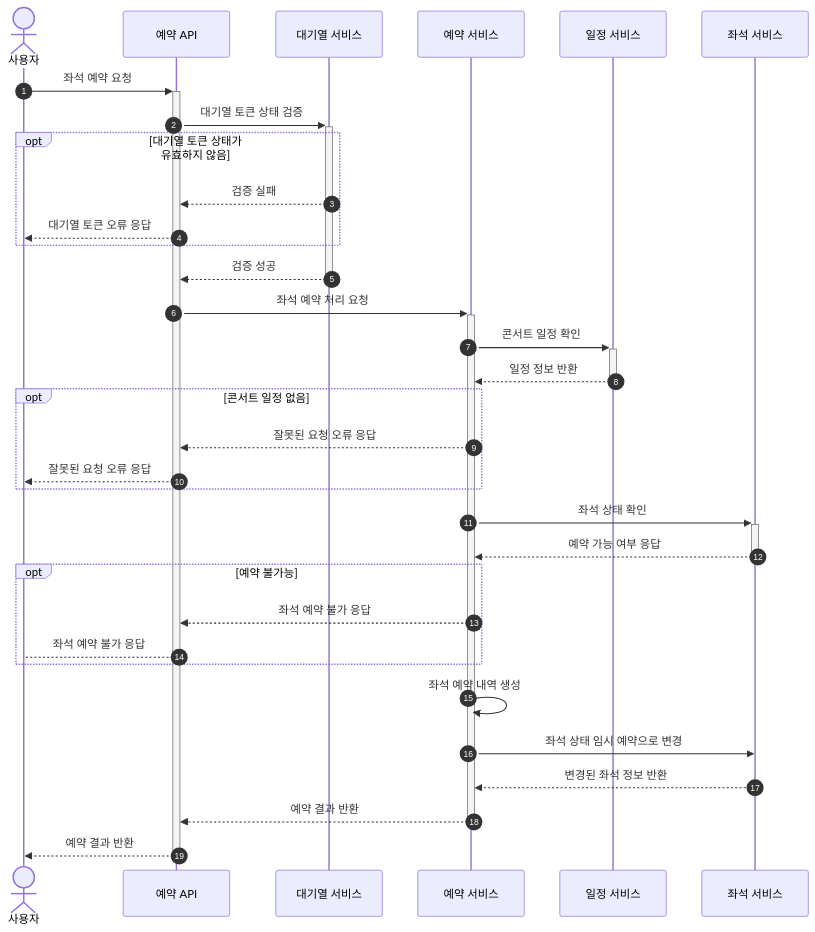
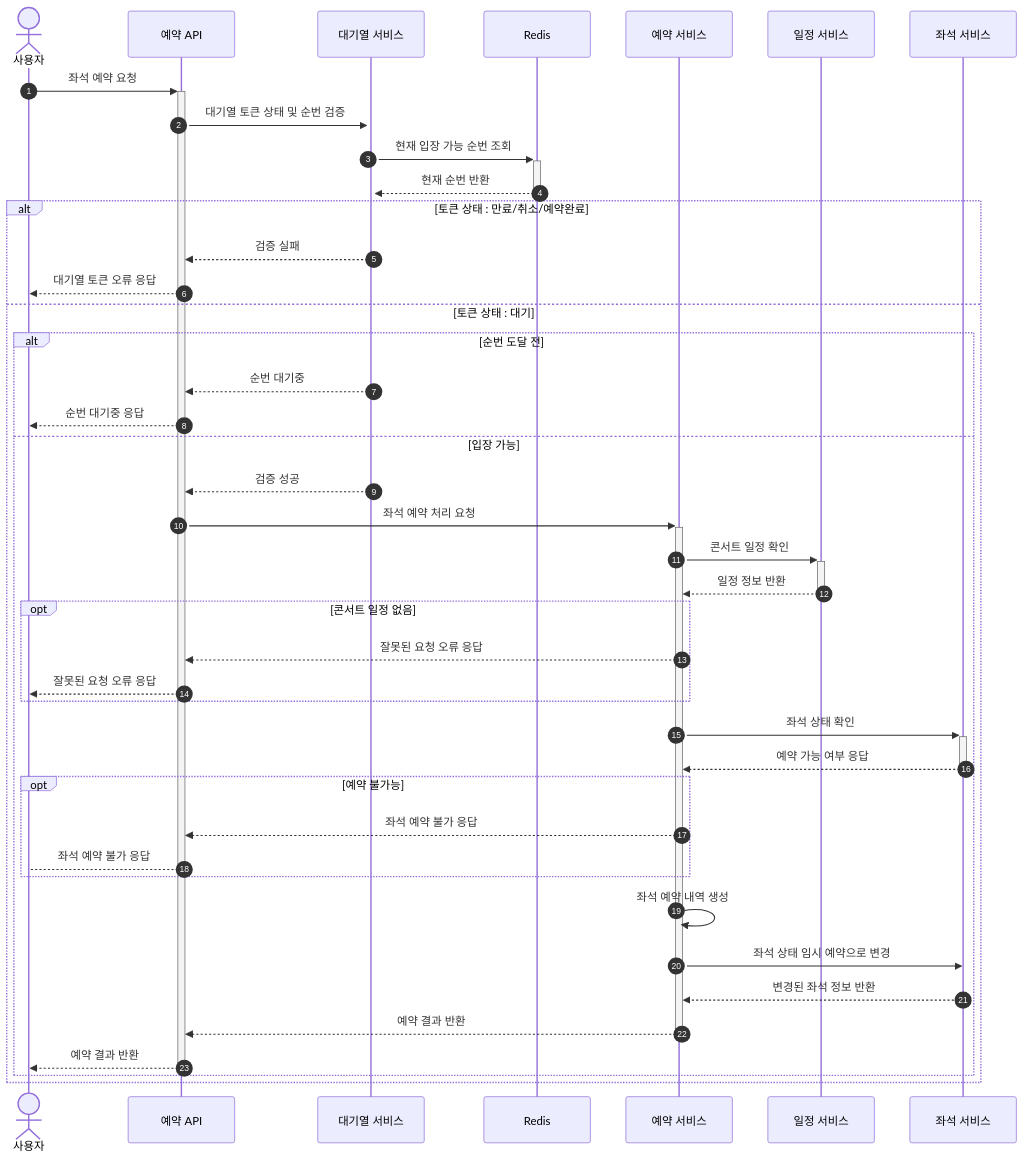
One commit to y-00jin/hhplus-server-concert changed the sixth of 7 diagrams in docs/02_sequenceDiagram.md. Above: the diagram before and after it, drawn with Mermaid. The commit also changed other lines of this file and 1 other file, not shown here.

First line of the commit message:
[2주차] PR 코멘트 반영: 시퀀스 다이어그램 업데이트 (#12)

````diff
--- a/docs/02_sequenceDiagram.md
+++ b/docs/02_sequenceDiagram.md
@@ -176,45 +196,53 @@
 ```mermaid
 
 sequenceDiagram
 	autonumber
 	actor 사용자 as 사용자
 	participant ReservationAPI as 예약 API
 	participant QueueService as 대기열 서비스
+	participant Redis as Redis
 	participant ReservationService as 예약 서비스
 	participant ScheduleService as 일정 서비스
 	participant SeatService as 좌석 서비스
 	
 	사용자 ->>+ ReservationAPI: 좌석 예약 요청
-	ReservationAPI ->>+ QueueService: 대기열 토큰 상태 검증
-
-	opt 대기열 토큰 상태가 유효하지 않음
-		QueueService -->> ReservationAPI:검증 실패
-		ReservationAPI -->> 사용자:대기열 토큰 오류 응답
+	ReservationAPI ->>+ QueueService: 대기열 토큰 상태 및 순번 검증
+	QueueService ->>+ Redis: 현재 입장 가능 순번 조회
+	Redis -->>- QueueService: 현재 순번 반환
+	
+	alt 토큰 상태 : 만료/취소/예약완료
+		QueueService -->> ReservationAPI: 검증 실패
+		ReservationAPI -->> 사용자: 대기열 토큰 오류 응답
+	else 토큰 상태 : 대기
+		alt 순번 도달 전
+			QueueService -->> ReservationAPI: 순번 대기중
+			ReservationAPI -->> 사용자: 순번 대기중 응답
+		else 입장 가능
+			QueueService -->> ReservationAPI: 검증 성공
+			
+			ReservationAPI ->>+ ReservationService: 좌석 예약 처리 요청
+			ReservationService ->>+ ScheduleService: 콘서트 일정 확인
+			ScheduleService -->>- ReservationService: 일정 정보 반환
+			
+			opt 콘서트 일정 없음
+				ReservationService -->> ReservationAPI : 잘못된 요청 오류 응답
+				ReservationAPI -->> 사용자 : 잘못된 요청 오류 응답
+			end
+			
+			ReservationService ->>+ SeatService: 좌석 상태 확인
+			SeatService -->>- ReservationService: 예약 가능 여부 응답
+			
+			opt 예약 불가능
+				ReservationService -->> ReservationAPI: 좌석 예약 불가 응답
+				ReservationAPI --> 사용자: 좌석 예약 불가 응답
+			end
+			
+			ReservationService ->> ReservationService: 좌석 예약 내역 생성
+			ReservationService ->> SeatService: 좌석 상태 임시 예약으로 변경
+			SeatService -->> ReservationService: 변경된 좌석 정보 반환
+			ReservationService -->>- ReservationAPI: 예약 결과 반환
+			ReservationAPI -->>- 사용자: 예약 결과 반환
+		end
 	end
-	
-	QueueService -->>- ReservationAPI: 검증 성공
-	
-	ReservationAPI ->>+ ReservationService: 좌석 예약 처리 요청
-	ReservationService ->>+ ScheduleService: 콘서트 일정 확인
-	ScheduleService -->>- ReservationService: 일정 정보 반환
-	
-	opt 콘서트 일정 없음
-		ReservationService -->> ReservationAPI : 잘못된 요청 오류 응답
-		ReservationAPI -->> 사용자 : 잘못된 요청 오류 응답
-	end
-	
-	ReservationService ->>+ SeatService: 좌석 상태 확인
-	SeatService -->>- ReservationService: 예약 가능 여부 응답
-	
-	opt 예약 불가능
-		ReservationService -->> ReservationAPI: 좌석 예약 불가 응답
-		ReservationAPI --> 사용자: 좌석 예약 불가 응답
-	end
-	
-	ReservationService ->> ReservationService: 좌석 예약 내역 생성
-	ReservationService ->> SeatService: 좌석 상태 임시 예약으로 변경
-	SeatService -->> ReservationService: 변경된 좌석 정보 반환
-	ReservationService -->>- ReservationAPI: 예약 결과 반환
-	ReservationAPI -->>- 사용자: 예약 결과 반환
 
 ```
````
